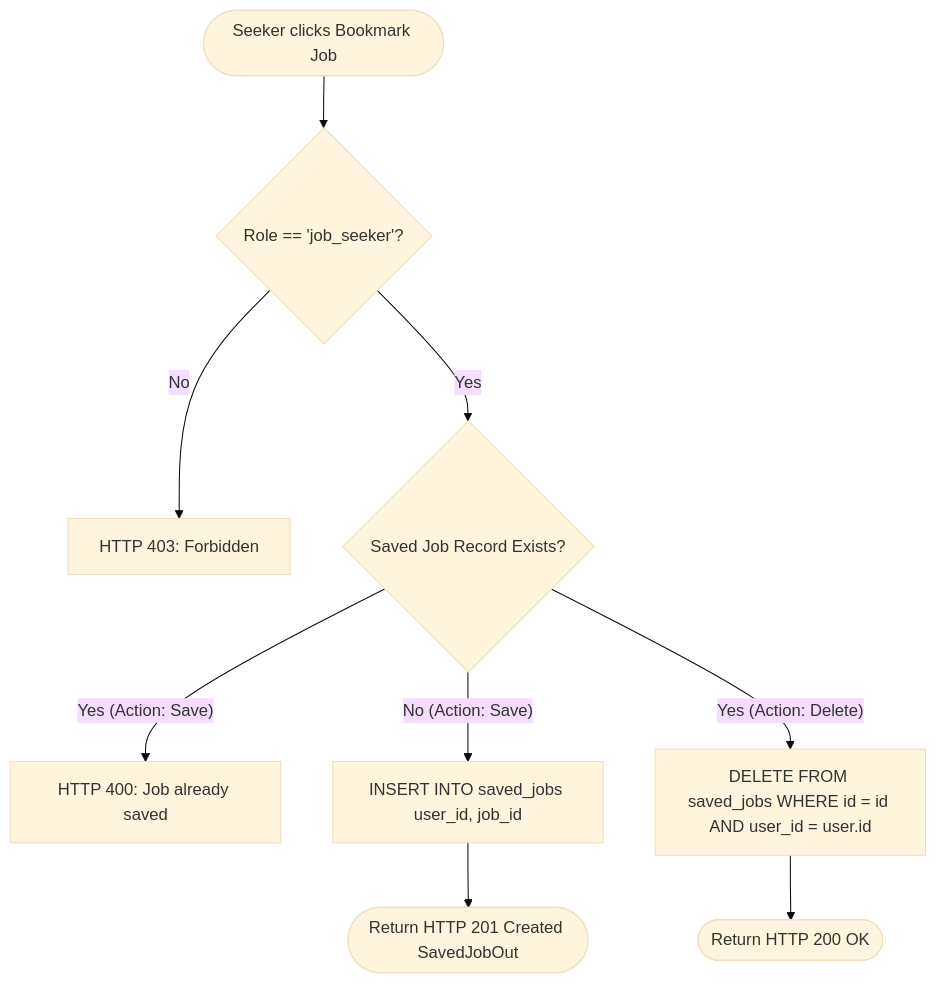
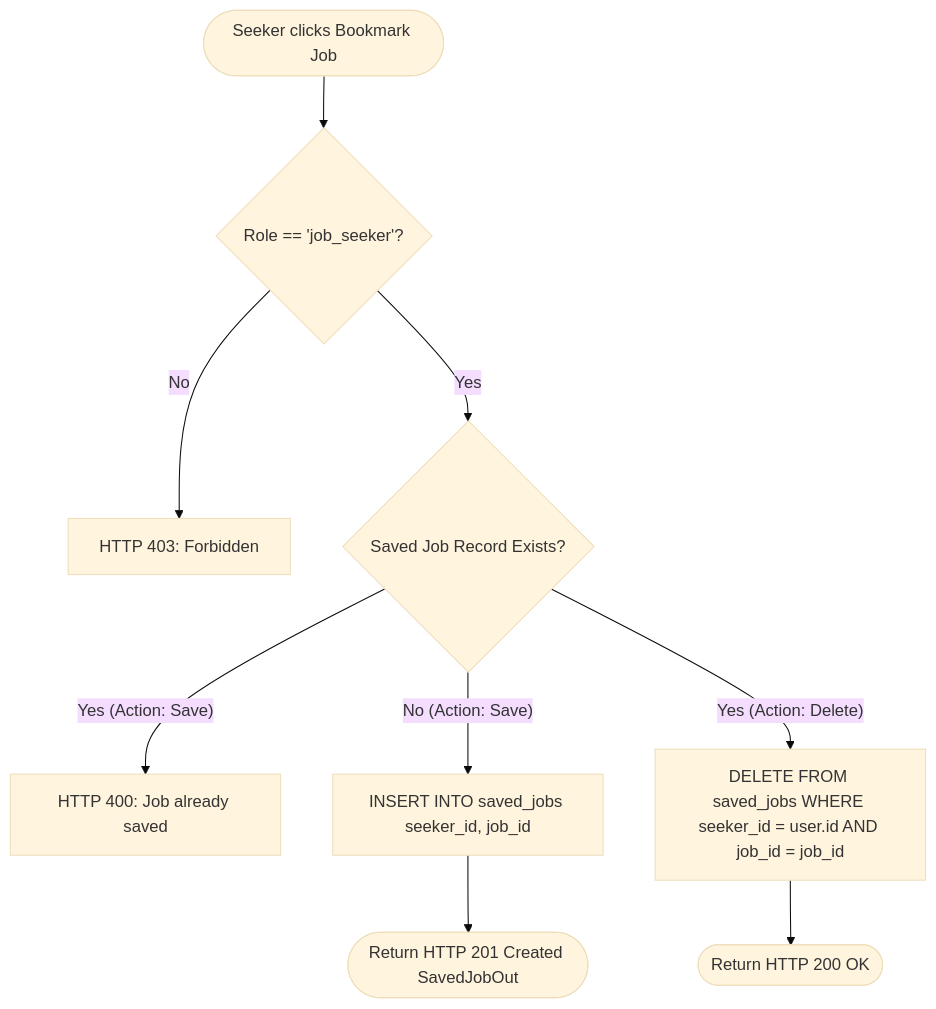
One commit to Coffeee-ui/Batanes_Niche changed the sixth of 7 diagrams in development/Documentation/08-Business-Workflows.md. Above: the diagram before and after it, drawn with Mermaid (base theme). The commit also changed other lines of this file and 68 other files, not shown here.

Commit message:
feat: implement initial full-stack architecture with backend API, database schema, and frontend UI

````diff
--- a/development/Documentation/08-Business-Workflows.md
+++ b/development/Documentation/08-Business-Workflows.md
@@ -181,13 +226,13 @@
 ```mermaid
 flowchart TD
     SeekerAction([Seeker clicks Bookmark Job]) --> RoleGuard{Role == 'job_seeker'?}
     RoleGuard -- No --> ErrRole[HTTP 403: Forbidden]
     RoleGuard -- Yes --> ExistsGuard{Saved Job Record Exists?}
     
     ExistsGuard -- Yes (Action: Save) --> ErrDup[HTTP 400: Job already saved]
-    ExistsGuard -- No (Action: Save) --> InsertSaved[INSERT INTO saved_jobs user_id, job_id]
+    ExistsGuard -- No (Action: Save) --> InsertSaved[INSERT INTO saved_jobs seeker_id, job_id]
     InsertSaved --> DoneSave([Return HTTP 201 Created SavedJobOut])
     
-    ExistsGuard -- Yes (Action: Delete) --> DeleteSaved[DELETE FROM saved_jobs WHERE id = id AND user_id = user.id]
+    ExistsGuard -- Yes (Action: Delete) --> DeleteSaved[DELETE FROM saved_jobs WHERE seeker_id = user.id AND job_id = job_id]
     DeleteSaved --> DoneDel([Return HTTP 200 OK])
 ```
````
